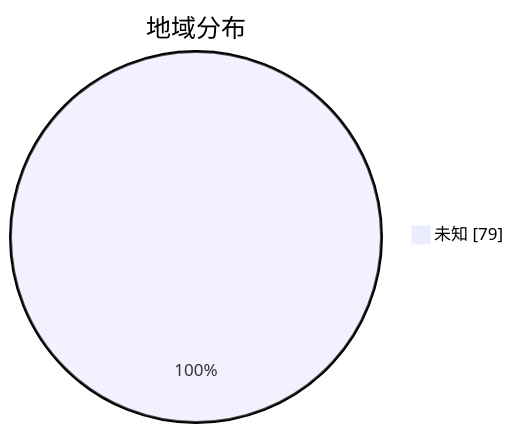
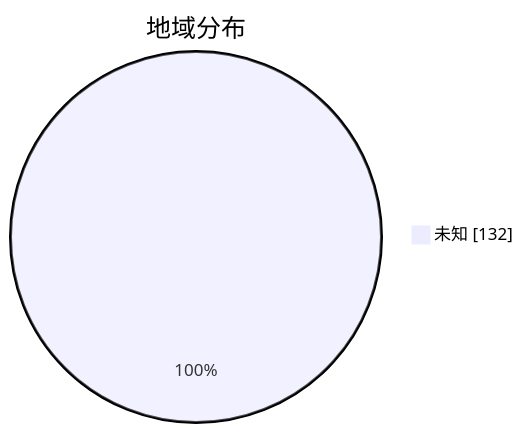
One commit to qjlxg/airport changed the second of 3 diagrams in subs/statistics/tested_within.md. Above: the diagram before and after it, drawn with Mermaid. The commit also changed other lines of this file and 2 other files, not shown here.

````diff
--- a/subs/statistics/tested_within.md
+++ b/subs/statistics/tested_within.md
@@ -11,5 +11,5 @@
 ```mermaid
 pie showData
 title 地域分布
-"未知" : 79
+"未知" : 132
 ```
````
